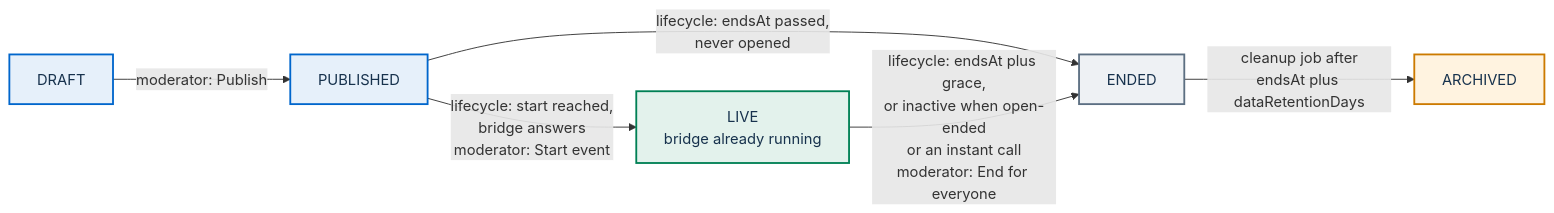
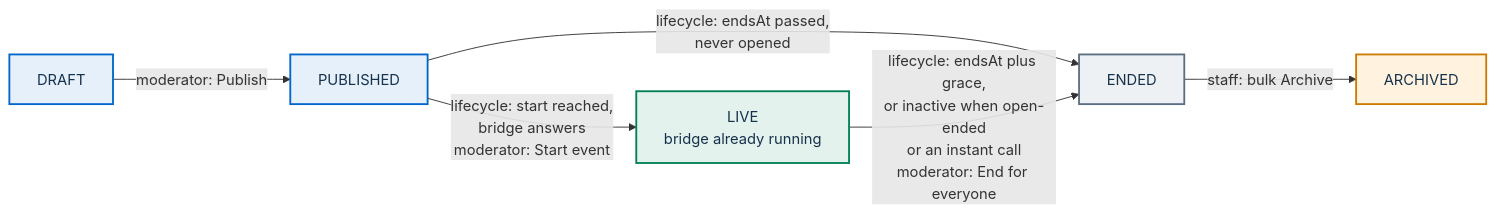
Before and after one commit to italia/pa-webinar: the third of 4 diagrams in docs/architecture/event-lifecycle.md, drawn with Mermaid. The commit also changed other lines of this file and 14 other files, not shown here.

````diff
--- a/docs/architecture/event-lifecycle.md
+++ b/docs/architecture/event-lifecycle.md
@@ -241,19 +241,19 @@
 ```mermaid
 flowchart LR
   classDef human fill:#E6F0FA,stroke:#0066CC,stroke-width:2px,color:#17324D
   classDef live fill:#E3F2EC,stroke:#008055,stroke-width:2px,color:#17324D
   classDef terminal fill:#EEF1F4,stroke:#5C6F82,stroke-width:2px,color:#17324D
   classDef cron fill:#FFF3E0,stroke:#CC7A00,stroke-width:2px,color:#17324D
 
   D["DRAFT"]:::human
   P["PUBLISHED"]:::human
   L["LIVE<br/>bridge already running"]:::live
   E["ENDED"]:::terminal
   A["ARCHIVED"]:::cron
 
   D -->|"moderator: Publish"| P
   P -->|"lifecycle: start reached,<br/>bridge answers<br/>moderator: Start event"| L
   P -->|"lifecycle: endsAt passed,<br/>never opened"| E
   L -->|"lifecycle: endsAt plus grace,<br/>or inactive when open-ended<br/>or an instant call<br/>moderator: End for everyone"| E
-  E -->|"cleanup job after<br/>endsAt plus dataRetentionDays"| A
+  E -->|"staff: bulk Archive"| A
 ```
````
